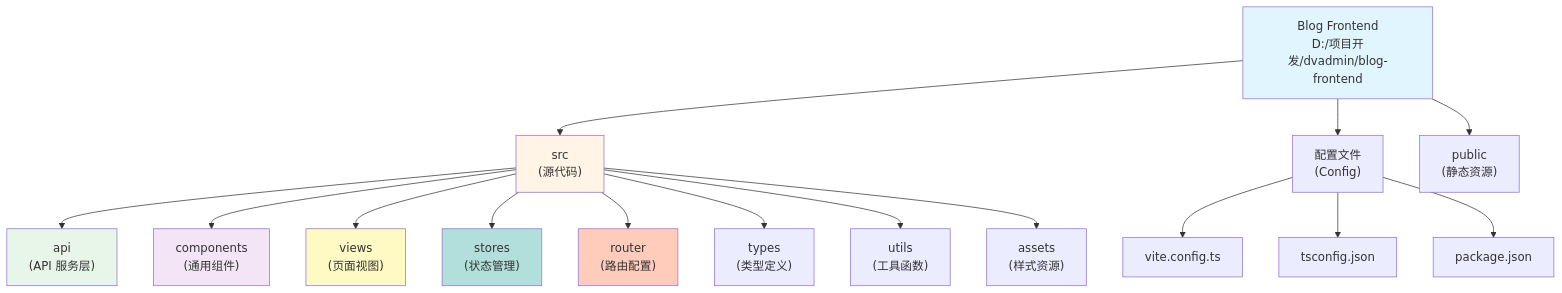
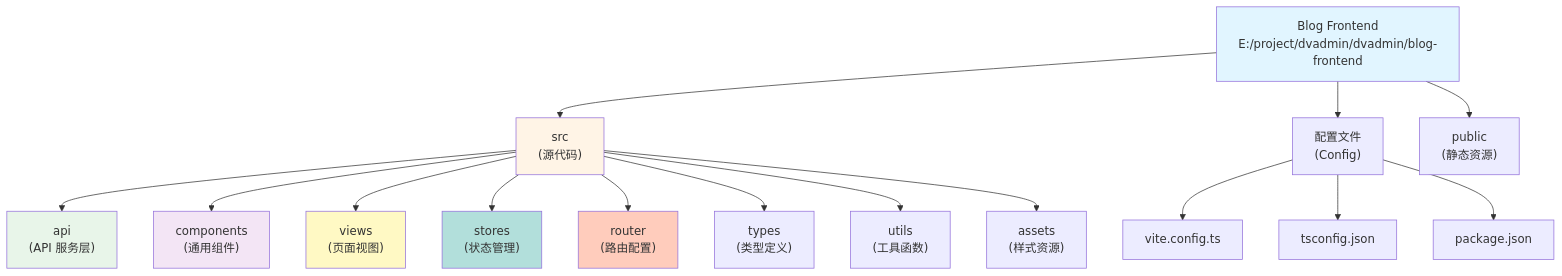
Before and after one commit to jack571754/dvadmin: the diagram in blog-frontend/CLAUDE.md, drawn with Mermaid. The commit also changed other lines of this file and 24 other files, not shown here.

````diff
--- a/blog-frontend/CLAUDE.md
+++ b/blog-frontend/CLAUDE.md
@@ -30,33 +31,33 @@
 ```mermaid
 graph TD
-    A["Blog Frontend<br/>D:/项目开发/dvadmin/blog-frontend"] --> B["src<br/>(源代码)"];
+    A["Blog Frontend<br/>E:/project/dvadmin/dvadmin/blog-frontend"] --> B["src<br/>(源代码)"];
     A --> C["配置文件<br/>(Config)"];
     A --> D["public<br/>(静态资源)"];
 
     B --> E["api<br/>(API 服务层)"];
     B --> F["components<br/>(通用组件)"];
     B --> G["views<br/>(页面视图)"];
     B --> H["stores<br/>(状态管理)"];
     B --> I["router<br/>(路由配置)"];
     B --> J["types<br/>(类型定义)"];
     B --> K["utils<br/>(工具函数)"];
     B --> L["assets<br/>(样式资源)"];
 
     C --> M["vite.config.ts"];
     C --> N["tsconfig.json"];
     C --> O["package.json"];
 
     style A fill:#e1f5ff
     style B fill:#fff4e6
     style E fill:#e8f5e9
     style F fill:#f3e5f5
     style G fill:#fff9c4
     style H fill:#b2dfdb
     style I fill:#ffccbc
 
     click E "./src/api/CLAUDE.md" "查看 API 模块文档"
     click F "./src/components/CLAUDE.md" "查看 Components 模块文档"
     click G "./src/views/CLAUDE.md" "查看 Views 模块文档"
     click H "./src/stores/CLAUDE.md" "查看 Stores 模块文档"
     click I "./src/router/CLAUDE.md" "查看 Router 模块文档"
 ```
````
